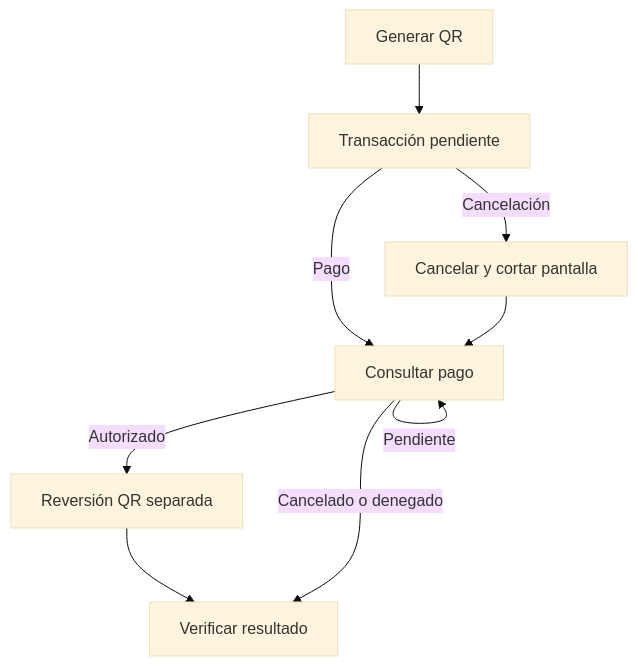
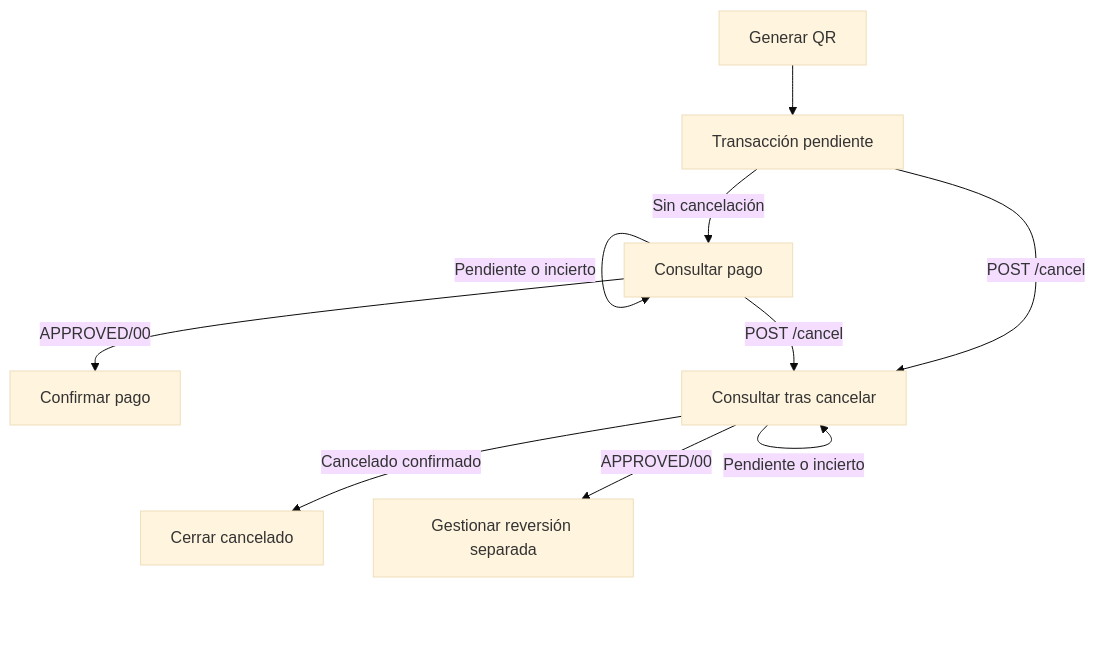
Before and after one commit to alignet-docs/alignet-developers: the second of 2 diagrams in procesamiento-fisico/alignet-transit/cancelacion.mdx, drawn with Mermaid (base theme). The commit also changed other lines of this file and 11 other files, not shown here.

````diff
--- a/procesamiento-fisico/alignet-transit/cancelacion.mdx
+++ b/procesamiento-fisico/alignet-transit/cancelacion.mdx
@@ -36,11 +36,12 @@
 ```mermaid
 flowchart TD
     A[Generar QR] --> B[Transacción pendiente]
-    B -->|Pago| D[Consultar pago]
-    B -->|Cancelación| C[Cancelar y cortar pantalla]
-    C --> D
-    D -->|Autorizado| E[Reversión QR separada]
-    E --> F[Verificar resultado]
-    D -->|Cancelado o denegado| F
-    D -->|Pendiente| D
+    B -->|Sin cancelación| C[Consultar pago]
+    C -->|APPROVED/00| D[Confirmar pago]
+    C -->|Pendiente o incierto| C
+    B -->|POST /cancel| E[Consultar tras cancelar]
+    C -->|POST /cancel| E
+    E -->|Cancelado confirmado| F[Cerrar cancelado]
+    E -->|APPROVED/00| G[Gestionar reversión separada]
+    E -->|Pendiente o incierto| E
 ```
````
